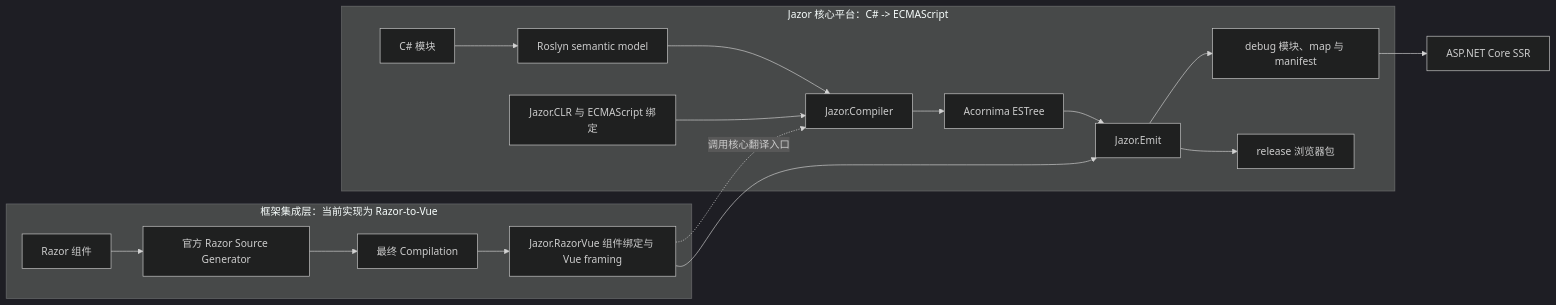
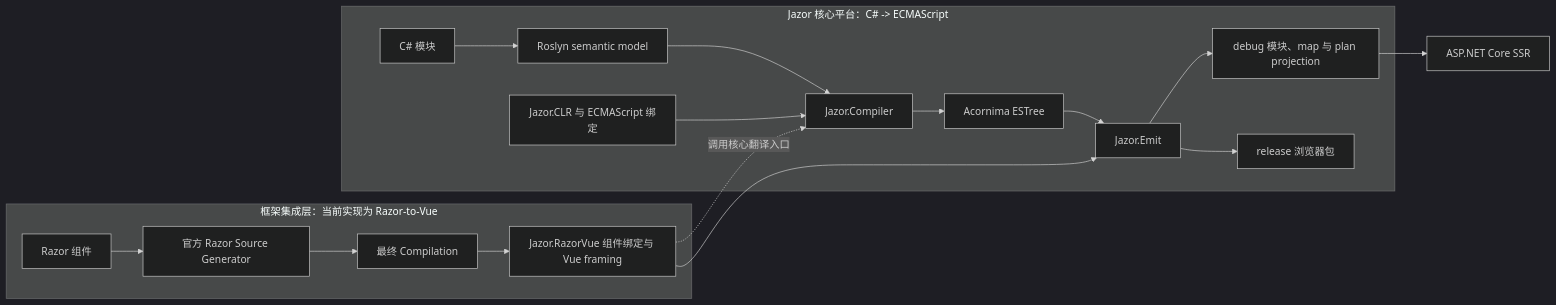
Before and after one commit to devhxj/Jazor: the diagram in docs/01-overview/system-architecture.md, drawn with Mermaid (dark theme). The commit also changed other lines of this file and 428 other files, not shown here.

````diff
--- a/docs/01-overview/system-architecture.md
+++ b/docs/01-overview/system-architecture.md
@@ -7,22 +7,22 @@
 ```mermaid
 flowchart LR
     subgraph Core[Jazor 核心平台：C# -> ECMAScript]
         CSharp[C# 模块] --> Roslyn[Roslyn semantic model]
         Roslyn --> Compiler[Jazor.Compiler]
         Bindings[Jazor.CLR 与 ECMAScript 绑定] --> Compiler
         Compiler --> Ast[Acornima ESTree]
         Ast --> Emit[Jazor.Emit]
-        Emit --> Debug[debug 模块、map 与 manifest]
+        Emit --> Debug[debug 模块、map 与 plan projection]
         Emit --> Bundle[release 浏览器包]
     end
 
     subgraph Integrations[框架集成层：当前实现为 Razor-to-Vue]
         Razor[Razor 组件] --> RazorSG[官方 Razor Source Generator]
         RazorSG --> Compilation[最终 Compilation]
         Compilation --> Binding[Jazor.RazorVue 组件绑定与 Vue framing]
         Binding -. 调用核心翻译入口 .-> Compiler
         Binding --> Emit
     end
 
     Debug --> Ssr[ASP.NET Core SSR]
 ```
````
